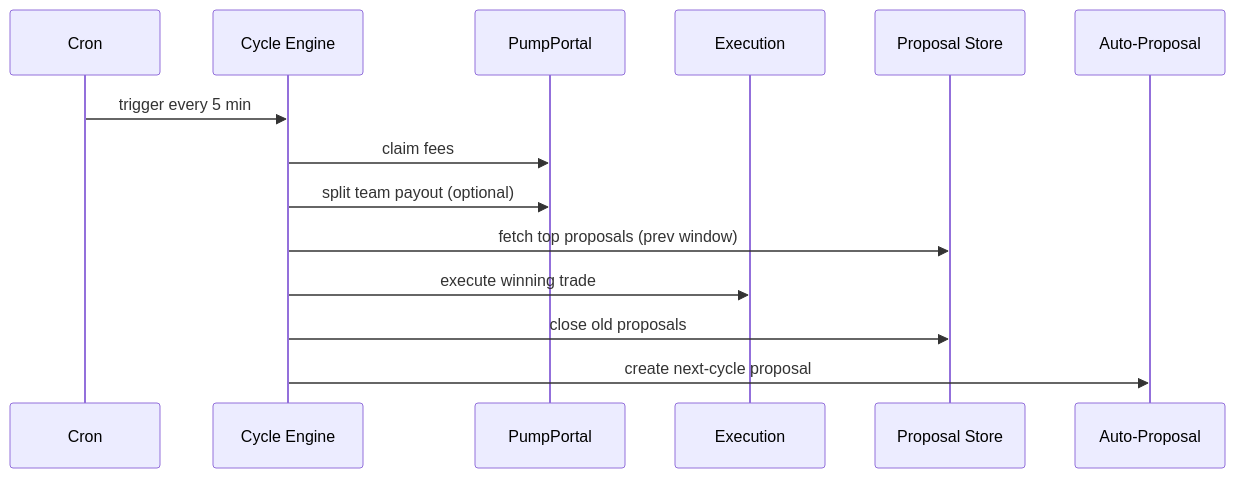
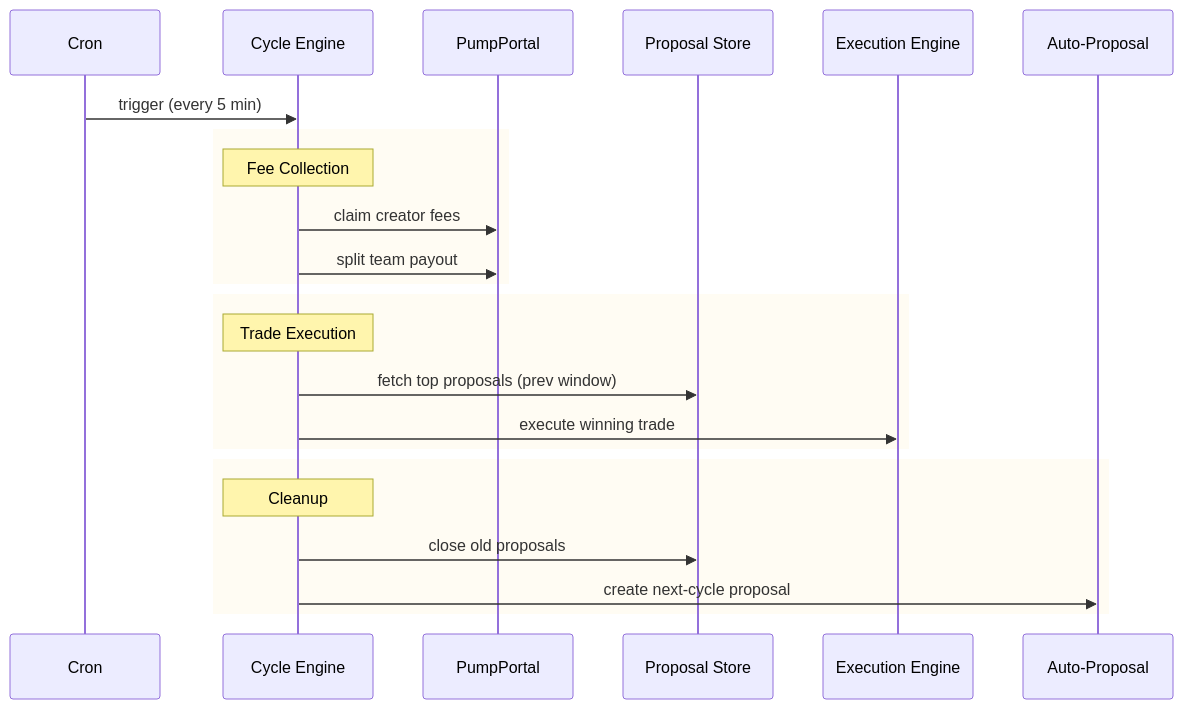
One commit to clawfund/clawfund-agent changed the diagram in docs/cycle.md. Above: the diagram before and after it, drawn with Mermaid. The commit also changed other lines of this file and 13 other files, not shown here.

````diff
--- a/docs/cycle.md
+++ b/docs/cycle.md
@@ -19,17 +23,29 @@
 ```mermaid
 sequenceDiagram
   participant Cron
   participant Cycle as Cycle Engine
   participant Pump as PumpPortal
-  participant Exec as Execution
   participant Store as Proposal Store
+  participant Exec as Execution Engine
   participant Auto as Auto-Proposal
 
-  Cron->>Cycle: trigger every 5 min
-  Cycle->>Pump: claim fees
-  Cycle->>Pump: split team payout (optional)
-  Cycle->>Store: fetch top proposals (prev window)
-  Cycle->>Exec: execute winning trade
-  Cycle->>Store: close old proposals
-  Cycle->>Auto: create next-cycle proposal
+  Cron->>Cycle: trigger (every 5 min)
+
+  rect rgba(251, 191, 36, 0.05)
+    Note over Cycle: Fee Collection
+    Cycle->>Pump: claim creator fees
+    Cycle->>Pump: split team payout
+  end
+
+  rect rgba(251, 191, 36, 0.05)
+    Note over Cycle: Trade Execution
+    Cycle->>Store: fetch top proposals (prev window)
+    Cycle->>Exec: execute winning trade
+  end
+
+  rect rgba(251, 191, 36, 0.05)
+    Note over Cycle: Cleanup
+    Cycle->>Store: close old proposals
+    Cycle->>Auto: create next-cycle proposal
+  end
 ```
````
